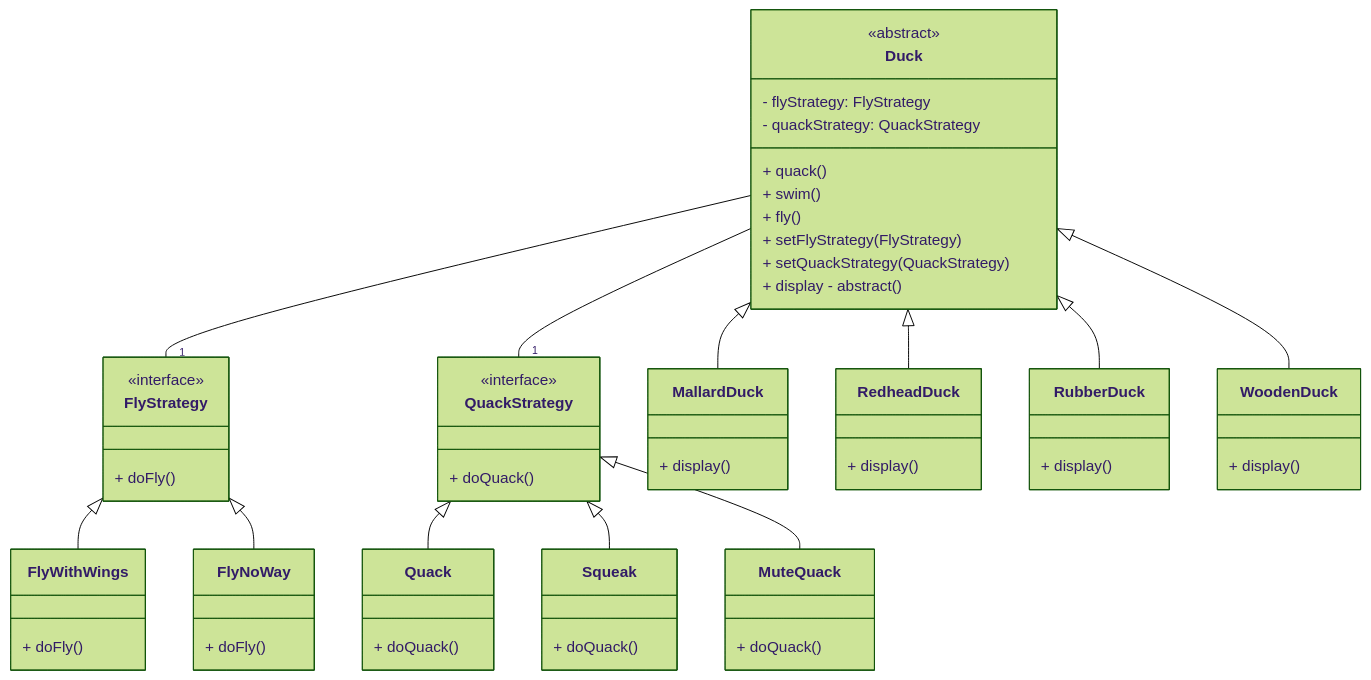
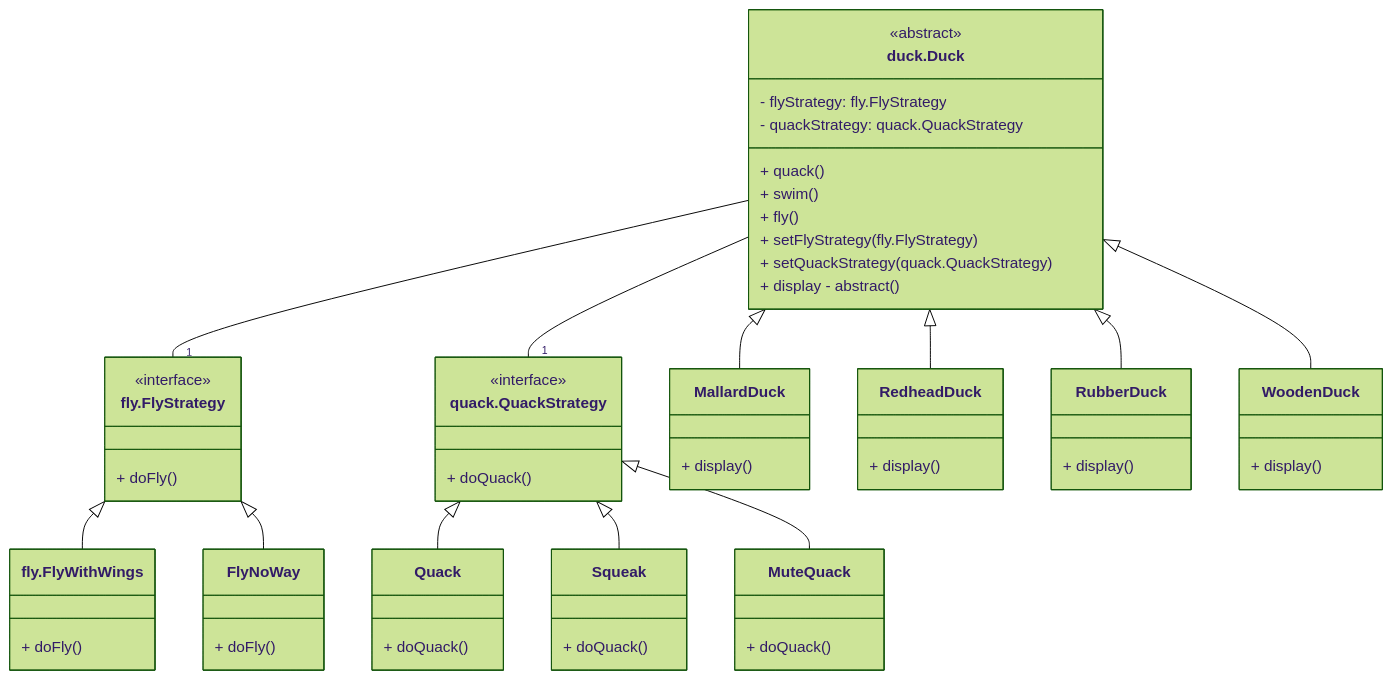
The eighth of 8 diagrams in oop/strategyPattern/README.md (Dltmd202/Java-Spring-Study), drawn with Mermaid (forest theme) before and after one commit. The commit also changed other lines of this file and 37 other files, not shown here.

````diff
--- a/oop/strategyPattern/README.md
+++ b/oop/strategyPattern/README.md
@@ -327,70 +327,70 @@
 ```mermaid
 classDiagram
-Duck -- "1" FlyStrategy
-Duck -- "1" QuackStrategy
-FlyStrategy <|-- FlyWithWings
-FlyStrategy <|-- FlyNoWay
-QuackStrategy <|-- Quack
-QuackStrategy <|-- Squeak
-QuackStrategy <|-- MuteQuack
-Duck <|-- MallardDuck
-Duck <|-- RedheadDuck
-Duck <|-- RubberDuck
-Duck <|-- WoodenDuck
+duck.Duck -- "1" fly.FlyStrategy
+duck.Duck -- "1" quack.QuackStrategy
+fly.FlyStrategy <|-- fly.FlyWithWings
+fly.FlyStrategy <|-- FlyNoWay
+quack.QuackStrategy <|-- Quack
+quack.QuackStrategy <|-- Squeak
+quack.QuackStrategy <|-- MuteQuack
+duck.Duck <|-- MallardDuck
+duck.Duck <|-- RedheadDuck
+duck.Duck <|-- RubberDuck
+duck.Duck <|-- WoodenDuck
 
-class Duck{
+class duck.Duck{
     <<abstract>>
-    - flyStrategy: FlyStrategy
-    - quackStrategy: QuackStrategy
+    - flyStrategy: fly.FlyStrategy
+    - quackStrategy: quack.QuackStrategy
     + quack()
     + swim()
     + fly()
-    + setFlyStrategy(FlyStrategy)
-    + setQuackStrategy(QuackStrategy)
+    + setFlyStrategy(fly.FlyStrategy)
+    + setQuackStrategy(quack.QuackStrategy)
     + display - abstract ()
 }
 
-class FlyStrategy{
+class fly.FlyStrategy{
     <<interface>>
     + doFly()
 }
 
-class QuackStrategy{
+class quack.QuackStrategy{
     <<interface>>
     + doQuack()
 }
 
-class FlyWithWings{
+class fly.FlyWithWings{
     + doFly()
 }
 
 class FlyNoWay{
     + doFly()
 }
 
 class Quack{
     + doQuack()
 }
 class Squeak{
     + doQuack()
 }
 class MuteQuack{
     + doQuack()
 }
 
 class MallardDuck{
     + display()
 }
 
 class RedheadDuck{
     + display()
 }
 
 class RubberDuck{
     + display()
 }
 
 class WoodenDuck{
     + display()
 }
 ```
````
